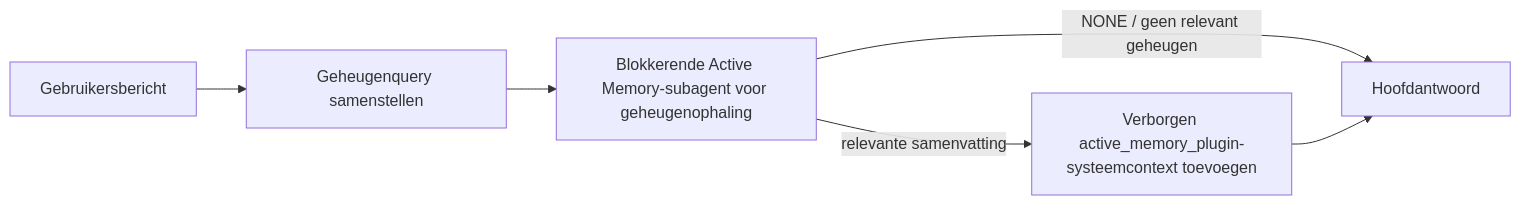
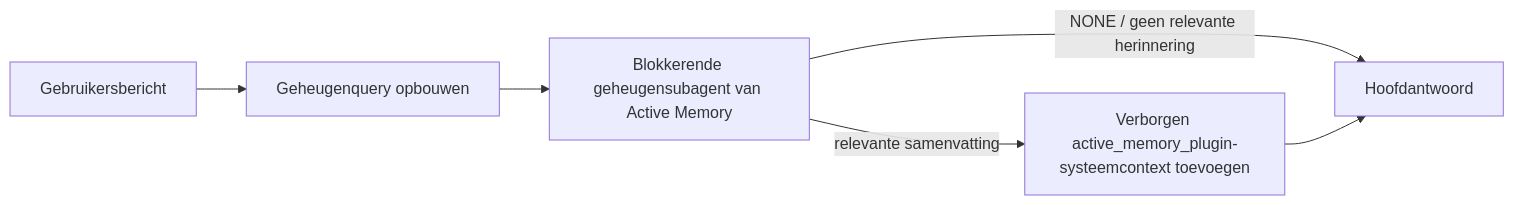
Before and after one commit to is0383kk/ai-docs-sync-workflow: the diagram in openclaw-docs/nl/concepts/active-memory.md, drawn with Mermaid. The commit also changed other lines of this file and 11096 other files, not shown here.

````diff
--- a/openclaw-docs/nl/concepts/active-memory.md
+++ b/openclaw-docs/nl/concepts/active-memory.md
@@ -82,8 +132,8 @@
 ```mermaid
 flowchart LR
-  U["Gebruikersbericht"] --> Q["Geheugenquery samenstellen"]
-  Q --> R["Blokkerende Active Memory-subagent voor geheugenophaling"]
-  R -->|NONE / geen relevant geheugen| M["Hoofdantwoord"]
+  U["Gebruikersbericht"] --> Q["Geheugenquery opbouwen"]
+  Q --> R["Blokkerende geheugensubagent van Active Memory"]
+  R -->|NONE / geen relevante herinnering| M["Hoofdantwoord"]
   R -->|relevante samenvatting| I["Verborgen active_memory_plugin-systeemcontext toevoegen"]
   I --> M["Hoofdantwoord"]
 ```
````
